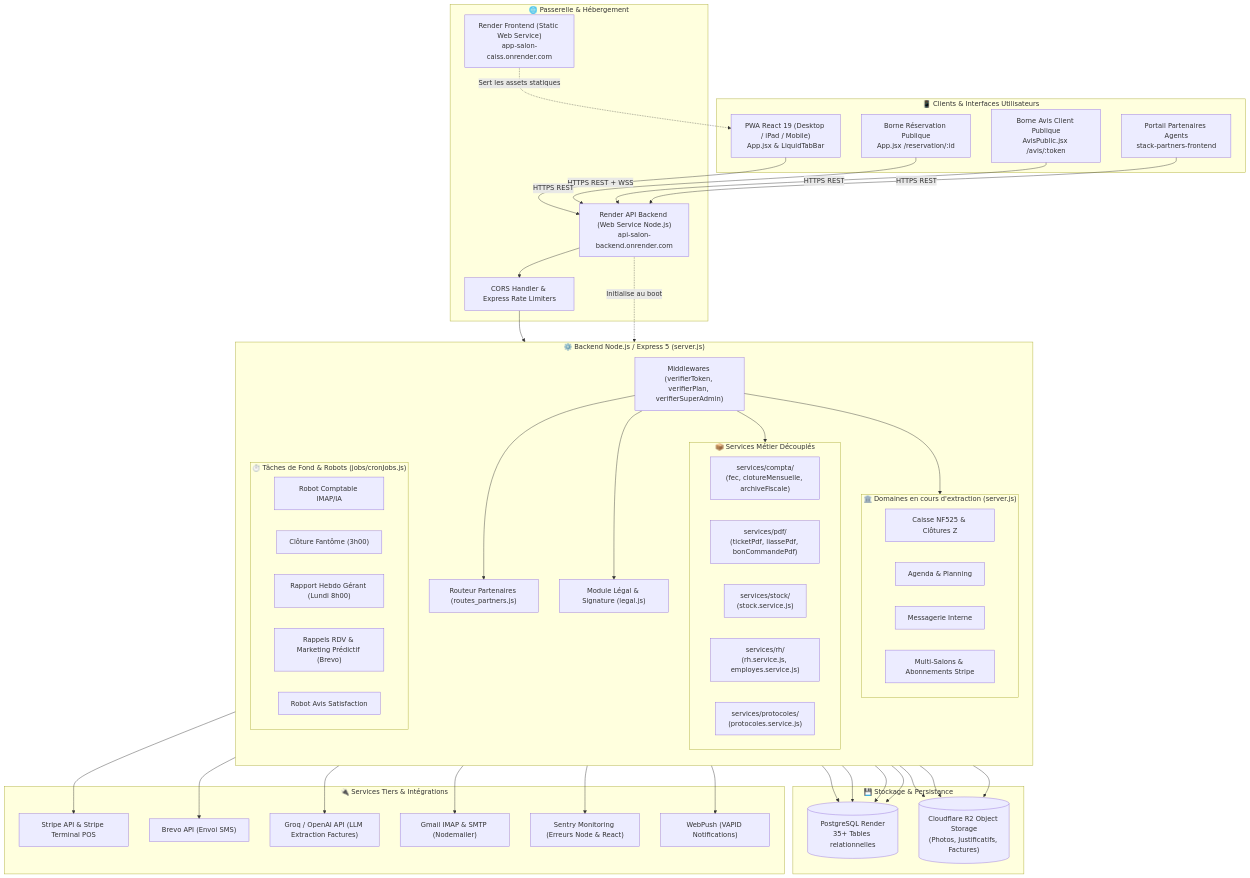
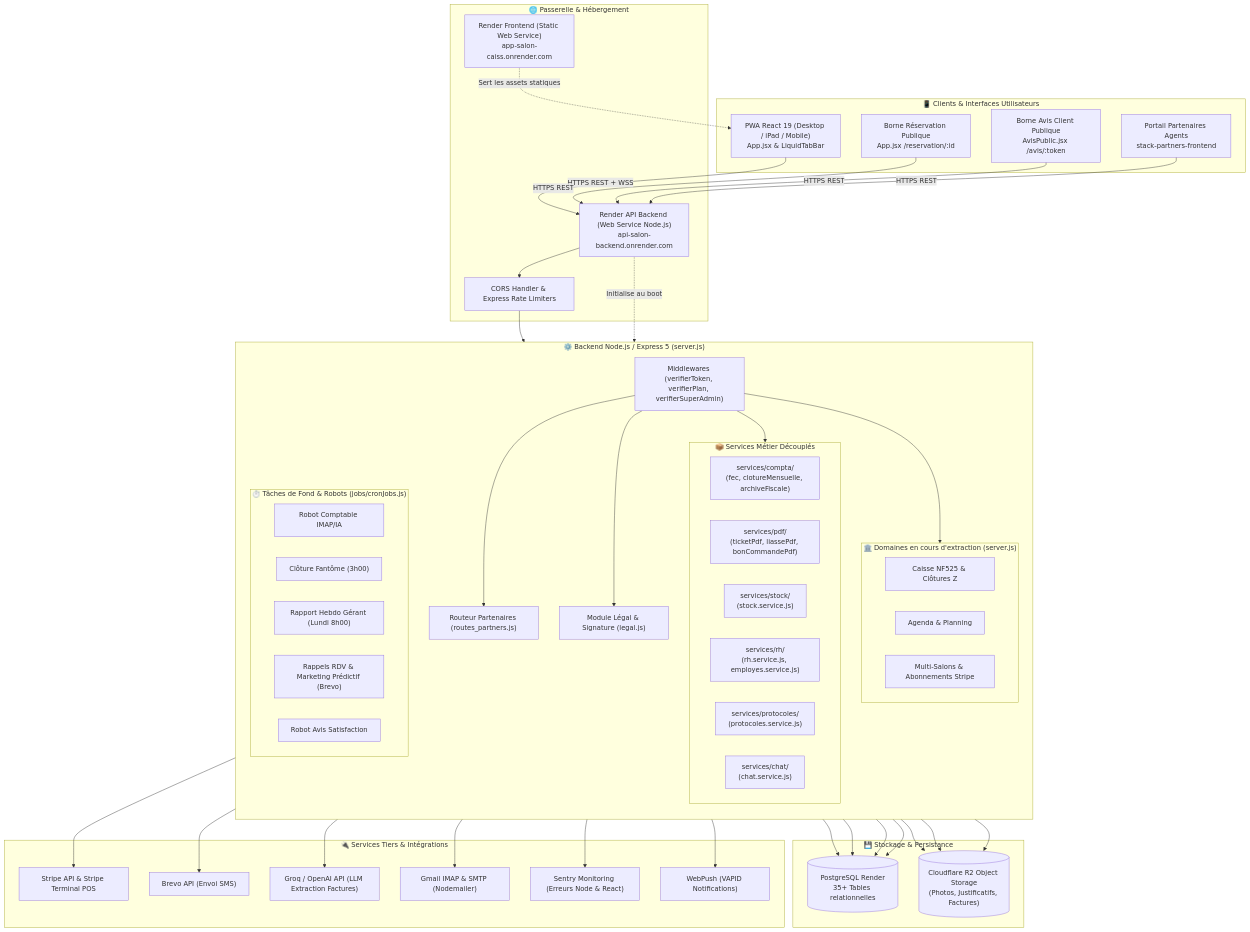
The first of 5 diagrams in docs/ARCHITECTURE.md (valentin-td/APP), drawn with Mermaid before and after one commit. The commit also changed other lines of this file and 4 other files, not shown here.

Commit message:
refactor: extraction de la messagerie interne et chat (services/chat)

```diff
--- a/docs/ARCHITECTURE.md
+++ b/docs/ARCHITECTURE.md
@@ -50,12 +50,12 @@
             SRV_Stock["services/stock/<br/>(stock.service.js)"]
             SRV_RH["services/rh/<br/>(rh.service.js, employes.service.js)"]
             SRV_Proto["services/protocoles/<br/>(protocoles.service.js)"]
+            SRV_Chat["services/chat/<br/>(chat.service.js)"]
         end
 
         subgraph CoreMonolith["🏛️ Domaines en cours d'extraction (server.js)"]
             DomainCaisse["Caisse NF525 & Clôtures Z"]
             DomainAgenda["Agenda & Planning"]
-            DomainChat["Messagerie Interne"]
             DomainSalons["Multi-Salons & Abonnements Stripe"]
         end
 
```
